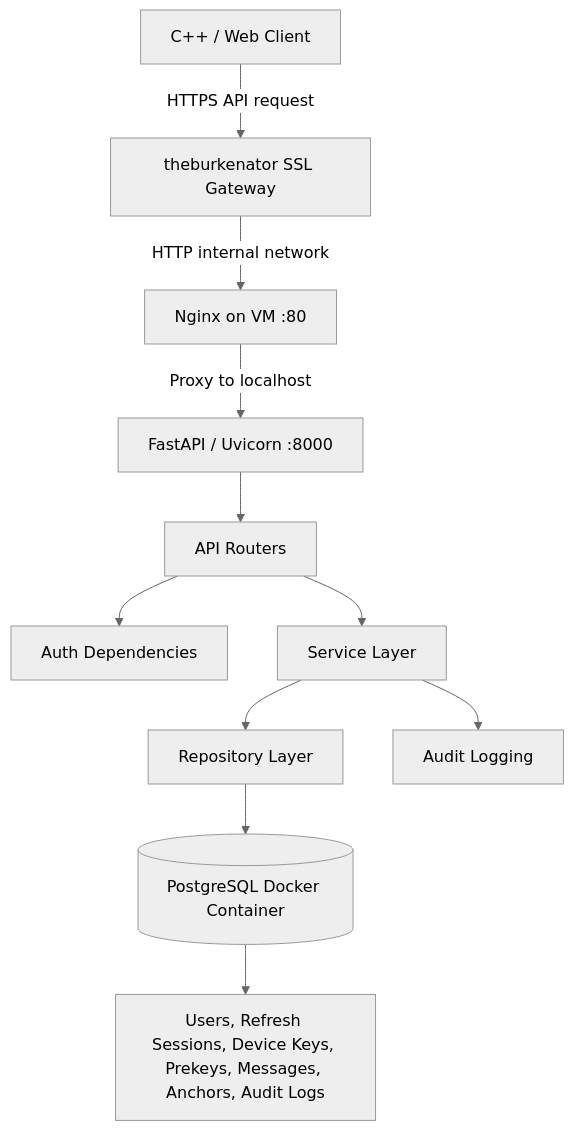
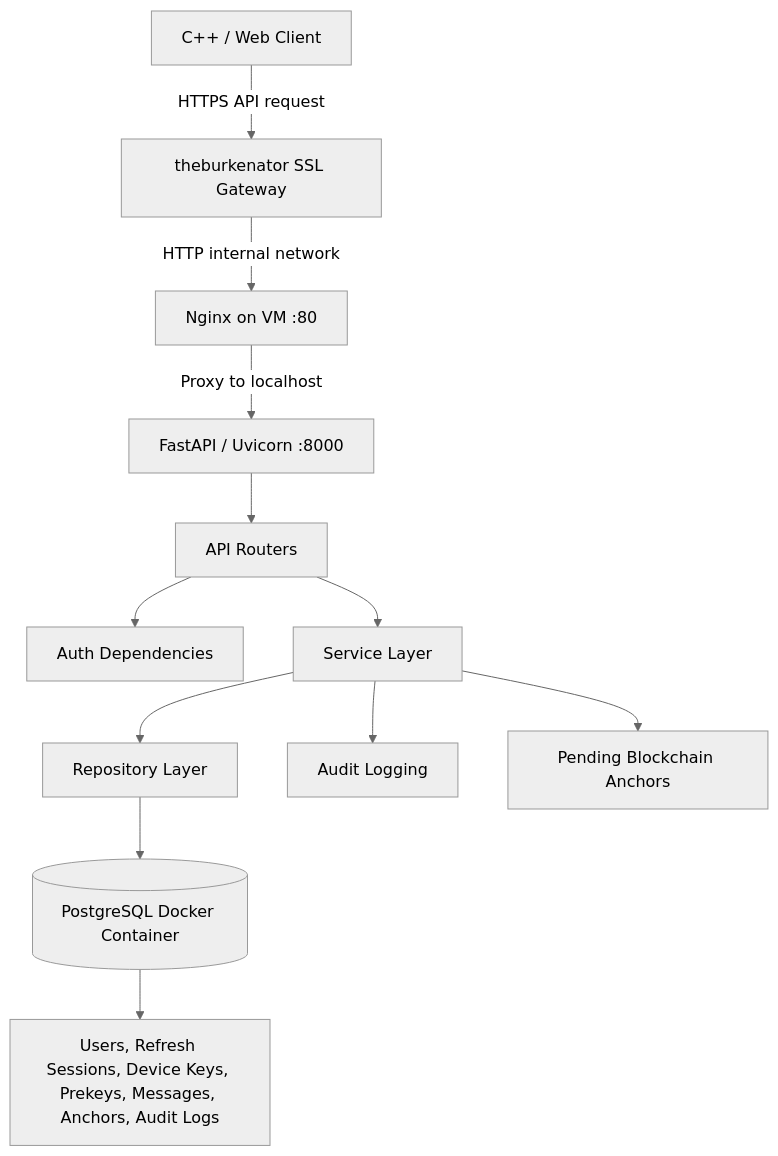
One commit to EoinOKelly/Epic-KFC changed the diagram in server/docs/architecture/backend_architecture.md. Above: the diagram before and after it, drawn with Mermaid (neutral theme). The commit also changed other lines of this file and 11 other files, not shown here.

````diff
--- a/server/docs/architecture/backend_architecture.md
+++ b/server/docs/architecture/backend_architecture.md
@@ -36,15 +36,16 @@
 ```mermaid
 flowchart TD
     Client["C++ / Web Client"] -->|HTTPS API request| Gateway["theburkenator SSL Gateway"]
     Gateway -->|HTTP internal network| Nginx["Nginx on VM :80"]
     Nginx -->|Proxy to localhost| FastAPI["FastAPI / Uvicorn :8000"]
 
     FastAPI --> Routes["API Routers"]
     Routes --> Deps["Auth Dependencies"]
     Routes --> Services["Service Layer"]
     Services --> Repos["Repository Layer"]
     Repos --> DB[("PostgreSQL Docker Container")]
 
     Services --> Audit["Audit Logging"]
+    Services --> Anchors["Pending Blockchain Anchors"]
     DB --> Tables["Users, Refresh Sessions, Device Keys, Prekeys, Messages, Anchors, Audit Logs"]
 ```
````
